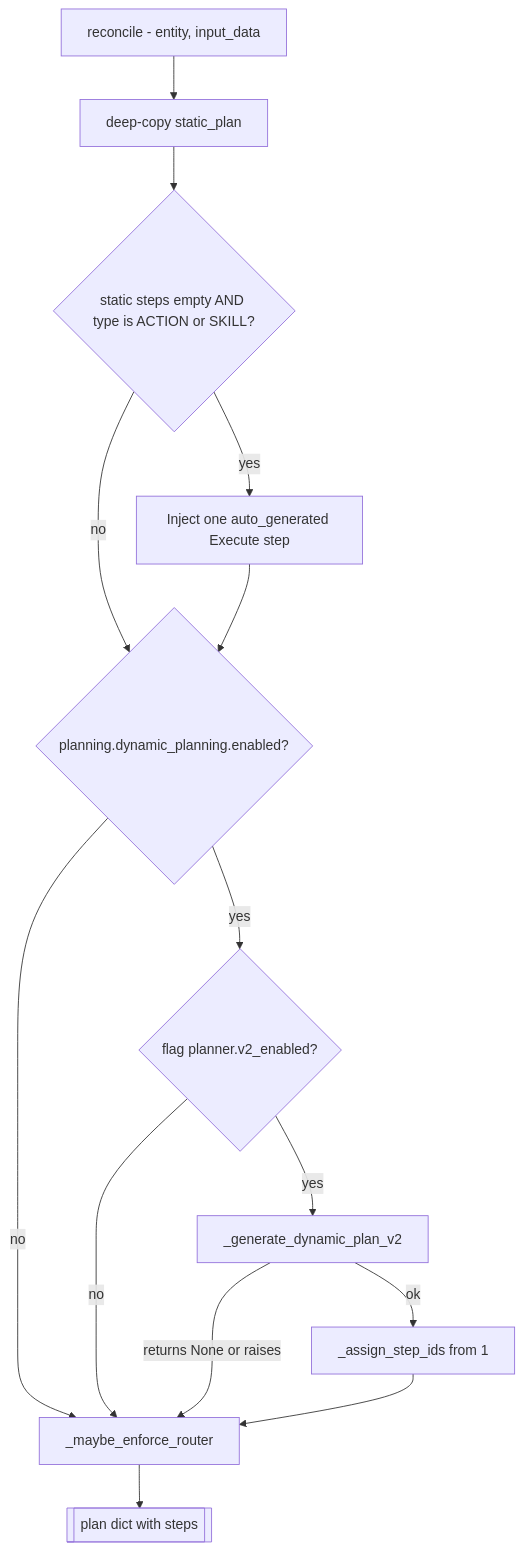
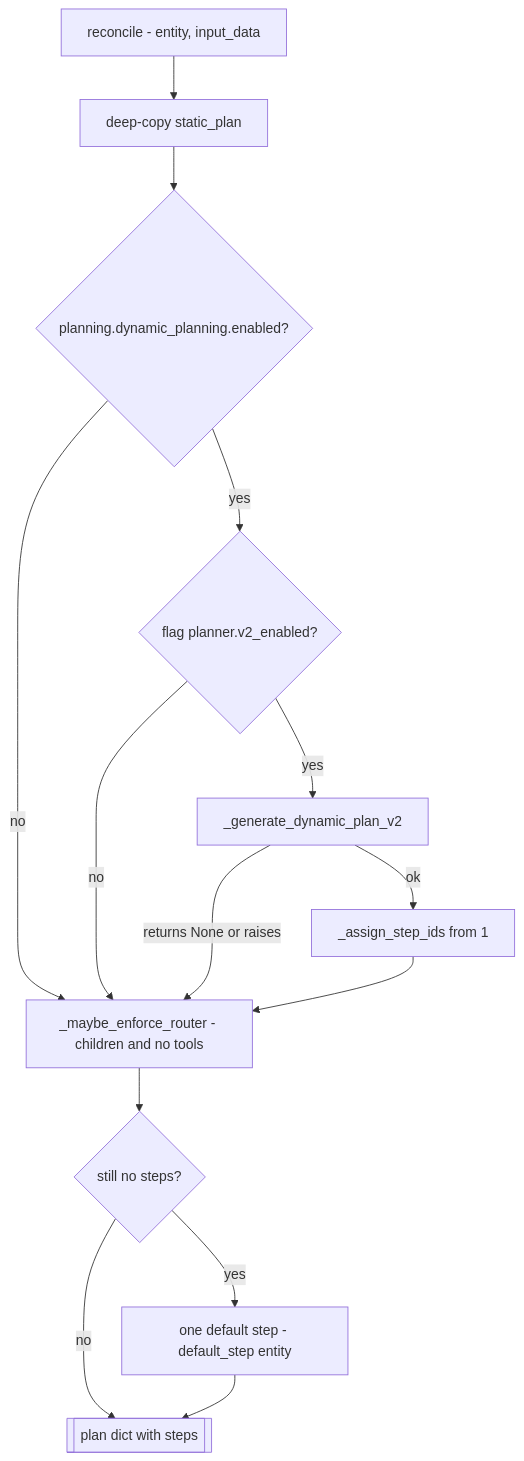
One commit to gondolerahul/hire-buddha-app changed the third of 27 diagrams in docs/current/07-planning-and-critics.md. Above: the diagram before and after it, drawn with Mermaid. The commit also changed other lines of this file and 15 other files, not shown here.

````diff
--- a/docs/current/07-planning-and-critics.md
+++ b/docs/current/07-planning-and-critics.md
@@ -210,16 +205,16 @@
 ```mermaid
 flowchart TD
     A["reconcile - entity, input_data"] --> B["deep-copy static_plan"]
-    B --> C{"static steps empty AND type is ACTION or SKILL?"}
-    C -->|yes| D["Inject one auto_generated Execute step"]
-    C -->|no| E
-    D --> E{"planning.dynamic_planning.enabled?"}
+    B --> E{"planning.dynamic_planning.enabled?"}
     E -->|no| ROUTER
     E -->|yes| F{"flag planner.v2_enabled?"}
     F -->|no| ROUTER
     F -->|yes| G["_generate_dynamic_plan_v2"]
     G -->|"returns None or raises"| ROUTER
     G -->|ok| H["_assign_step_ids from 1"]
-    H --> ROUTER["_maybe_enforce_router"]
-    ROUTER --> OUT[["plan dict with steps"]]
+    H --> ROUTER["_maybe_enforce_router - children and no tools"]
+    ROUTER --> EMPTY{"still no steps?"}
+    EMPTY -->|yes| D["one default step - default_step entity"]
+    EMPTY -->|no| OUT[["plan dict with steps"]]
+    D --> OUT
 ```
````
